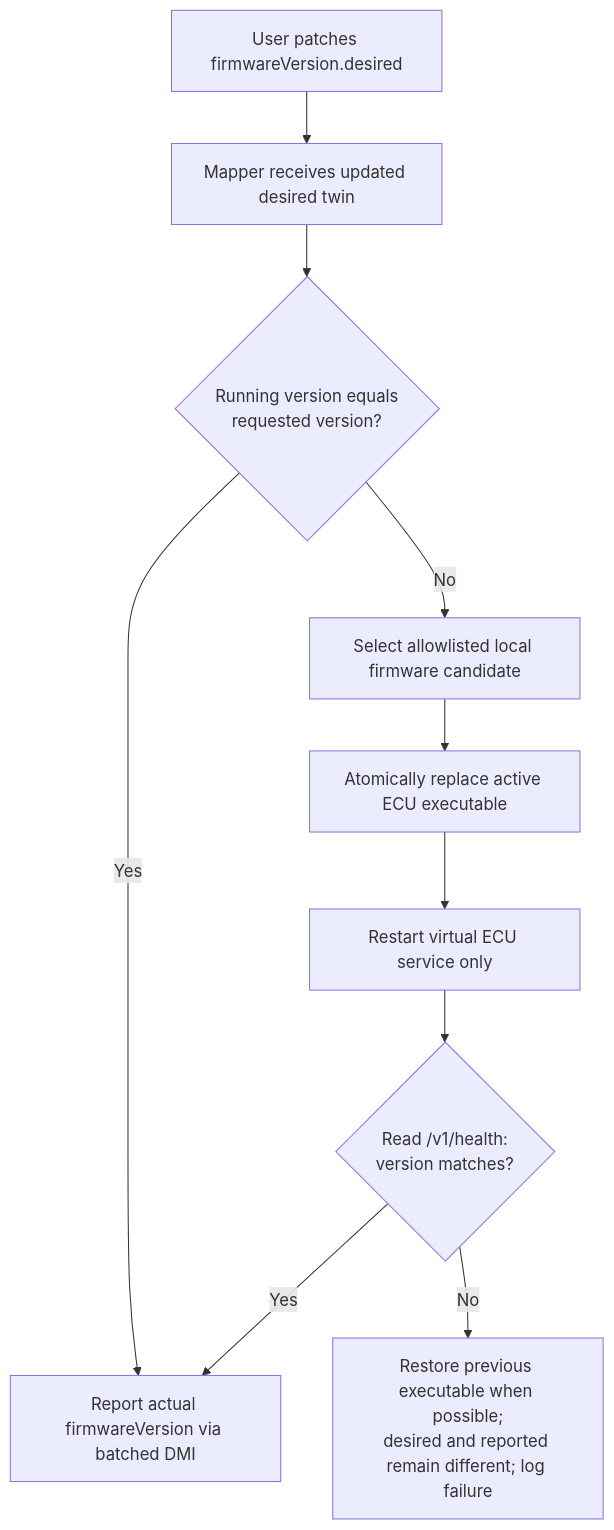
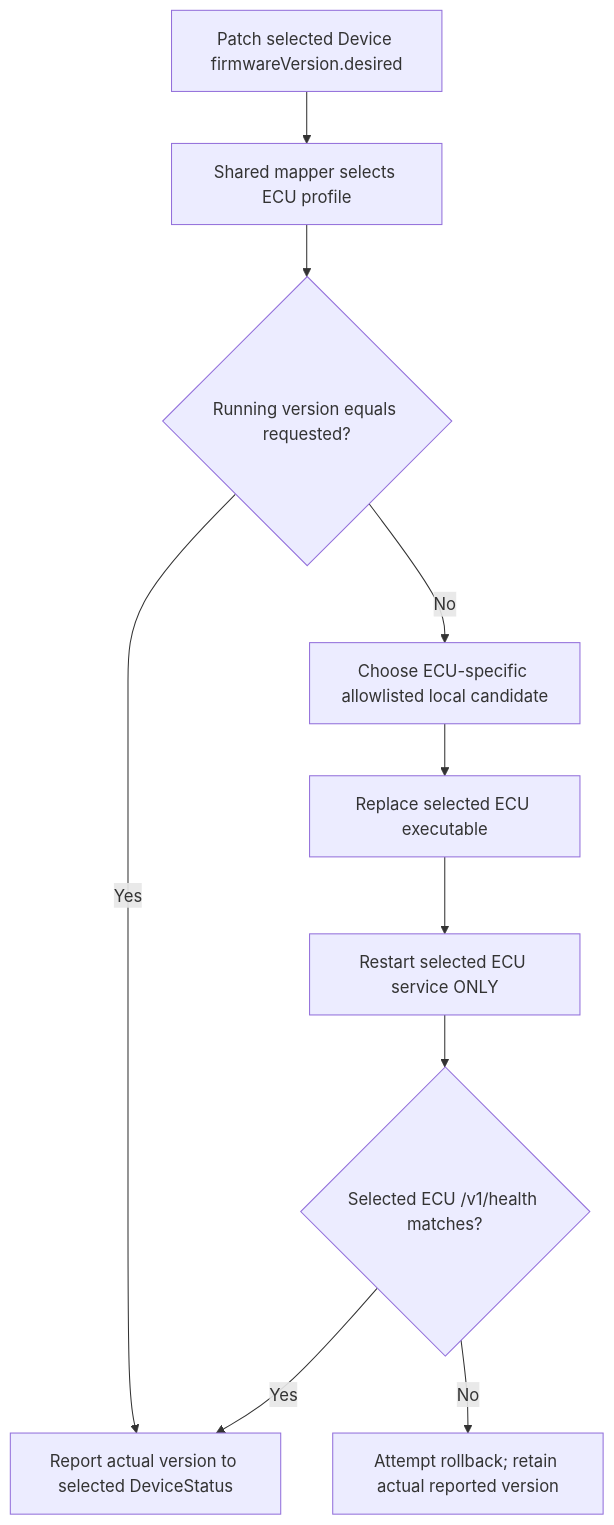
Before and after one commit to neotera-eu/up2date4sdv-continuumx-playground: the ninth of 10 diagrams in README.md, drawn with Mermaid. The commit also changed other lines of this file and 2 other files, not shown here.

Commit message:
Describe two-ECU VM architecture and runtime handoff.

````diff
--- a/README.md
+++ b/README.md
@@ -639,17 +709,17 @@
 ```mermaid
 flowchart TD
-    User["User patches firmwareVersion.desired"]
-    Mapper["Mapper receives updated desired twin"]
-    Check{"Running version equals<br/>requested version?"}
-    Candidate["Select allowlisted local firmware candidate"]
-    Install["Atomically replace active ECU executable"]
-    Restart["Restart virtual ECU service only"]
-    Verify{"Read /v1/health:<br/>version matches?"}
-    Report["Report actual firmwareVersion via batched DMI"]
-    Failed["Restore previous executable when possible;<br/>desired and reported remain different; log failure"]
+    User["Patch selected Device firmwareVersion.desired"]
+    Mapper["Shared mapper selects ECU profile"]
+    Check{"Running version equals requested?"}
+    Candidate["Choose ECU-specific allowlisted local candidate"]
+    Install["Replace selected ECU executable"]
+    Restart["Restart selected ECU service ONLY"]
+    Verify{"Selected ECU /v1/health matches?"}
+    Report["Report actual version to selected DeviceStatus"]
+    Failed["Attempt rollback; retain actual reported version"]
     User --> Mapper --> Check
     Check -->|Yes| Report
     Check -->|No| Candidate --> Install --> Restart --> Verify
     Verify -->|Yes| Report
     Verify -->|No| Failed
 ```
````
